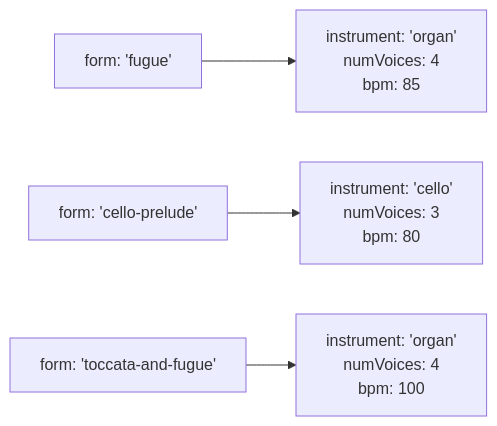
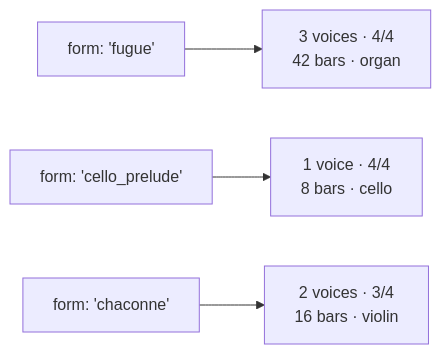
One commit to libraz/midi-sketch-bach-homepage changed the second of 2 diagrams in src/docs/option-relationships.md. Above: the diagram before and after it, drawn with Mermaid. The commit also changed other lines of this file and 34 other files, not shown here.

````diff
--- a/src/docs/option-relationships.md
+++ b/src/docs/option-relationships.md
@@ -31,6 +32,6 @@
 ```mermaid
 graph LR
-    A["form: 'fugue'"] --> B["instrument: 'organ'<br>numVoices: 4<br>bpm: 85"]
-    C["form: 'cello-prelude'"] --> D["instrument: 'cello'<br>numVoices: 3<br>bpm: 80"]
-    E["form: 'toccata-and-fugue'"] --> F["instrument: 'organ'<br>numVoices: 4<br>bpm: 100"]
+    A["form: 'fugue'"] --> B["3 voices · 4/4<br>42 bars · organ"]
+    C["form: 'cello_prelude'"] --> D["1 voice · 4/4<br>8 bars · cello"]
+    E["form: 'chaconne'"] --> F["2 voices · 3/4<br>16 bars · violin"]
 ```
````
